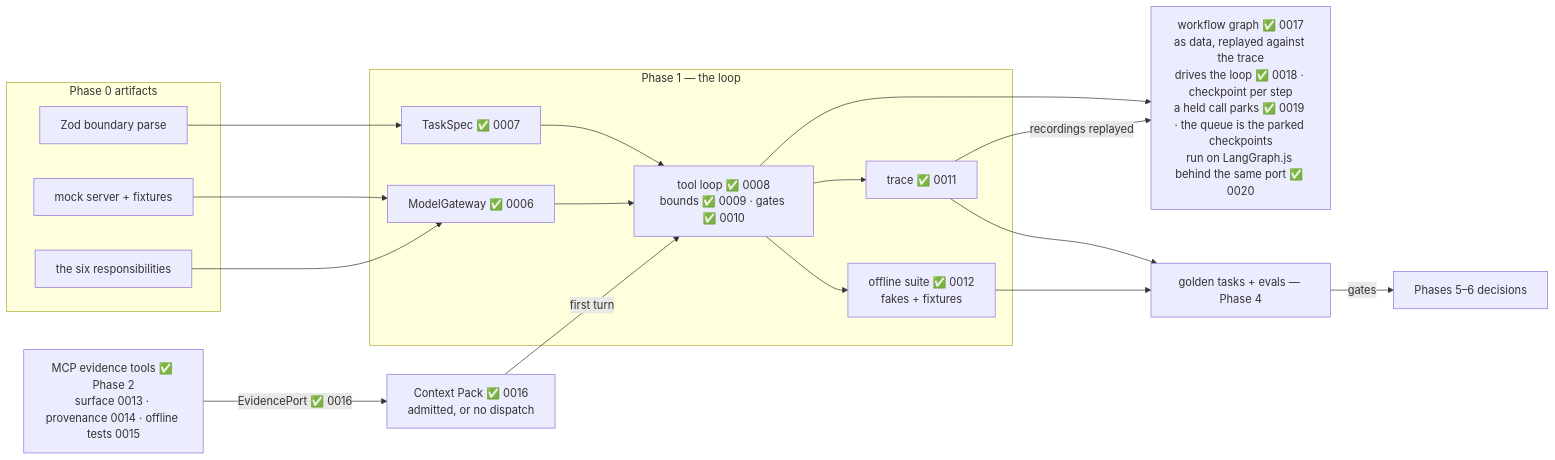
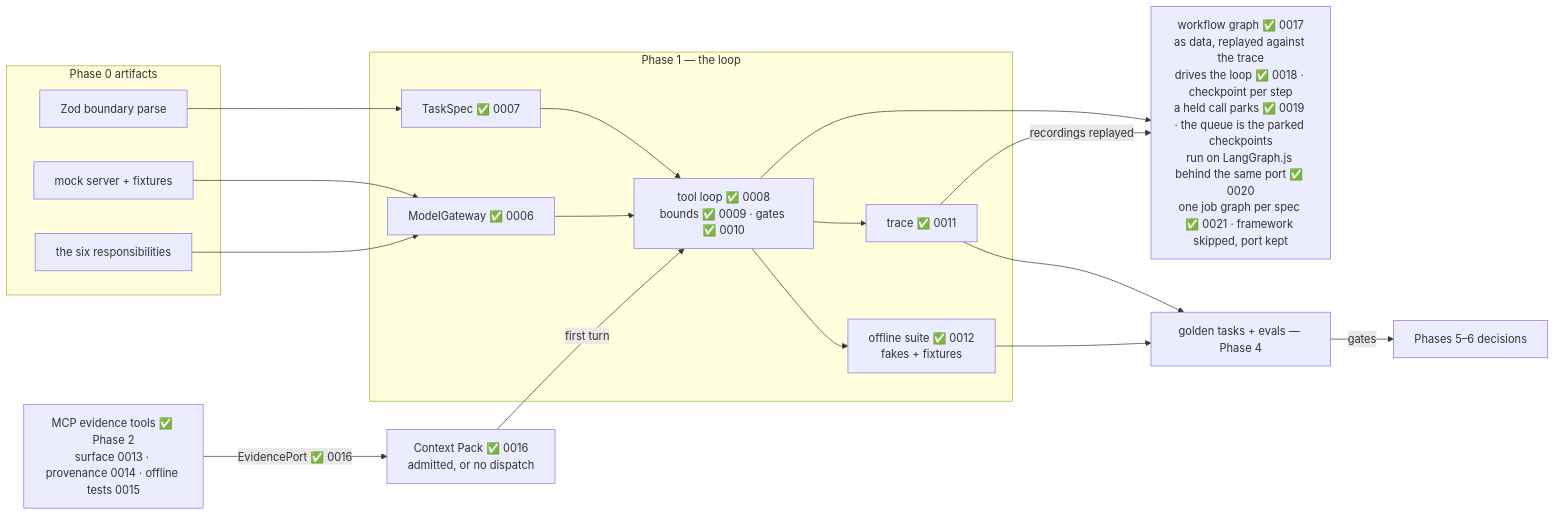
Before and after one commit to JozsefKiss90/TS: the sixth of 6 diagrams in wiki/course/course-module-graph.md, drawn with Mermaid. The commit also changed other lines of this file and 13 other files, not shown here.

First line of the commit message:
Ship lesson 0021 - The Spec Decides the Graph; ADR 0001; Phase 3 complete

````diff
--- a/wiki/course/course-module-graph.md
+++ b/wiki/course/course-module-graph.md
@@ -115,29 +115,29 @@
 ```mermaid
 flowchart LR
     subgraph PH0["Phase 0 artifacts"]
         MOCK["mock server + fixtures"]
         SIX["the six responsibilities"]
         ZOD["Zod boundary parse"]
     end
     subgraph PH1["Phase 1 — the loop"]
         GWY["ModelGateway ✅ 0006"]
         SPEC["TaskSpec ✅ 0007"]
         TLOOP["tool loop ✅ 0008<br/>bounds ✅ 0009 · gates ✅ 0010"]
         TR["trace ✅ 0011"]
         TESTS["offline suite ✅ 0012<br/>fakes + fixtures"]
     end
     MOCK --> GWY
     SIX --> GWY
     ZOD --> SPEC
     SPEC --> TLOOP
     GWY --> TLOOP
     TLOOP --> TR
     TLOOP --> TESTS
     EV["MCP evidence tools ✅ Phase 2<br/>surface 0013 · provenance 0014 · offline tests 0015"] -->|"EvidencePort ✅ 0016"| PACK["Context Pack ✅ 0016<br/>admitted, or no dispatch"]
     PACK -->|"first turn"| TLOOP
-    TLOOP --> WG["workflow graph ✅ 0017<br/>as data, replayed against the trace<br/>drives the loop ✅ 0018 · checkpoint per step<br/>a held call parks ✅ 0019 · the queue is the parked checkpoints<br/>run on LangGraph.js behind the same port ✅ 0020"]
+    TLOOP --> WG["workflow graph ✅ 0017<br/>as data, replayed against the trace<br/>drives the loop ✅ 0018 · checkpoint per step<br/>a held call parks ✅ 0019 · the queue is the parked checkpoints<br/>run on LangGraph.js behind the same port ✅ 0020<br/>one job graph per spec ✅ 0021 · framework skipped, port kept"]
     TR -->|"recordings replayed"| WG
     TR --> EVAL["golden tasks + evals — Phase 4"]
     TESTS --> EVAL
     EVAL -->|"gates"| P5P6["Phases 5–6 decisions"]
 ```
````
